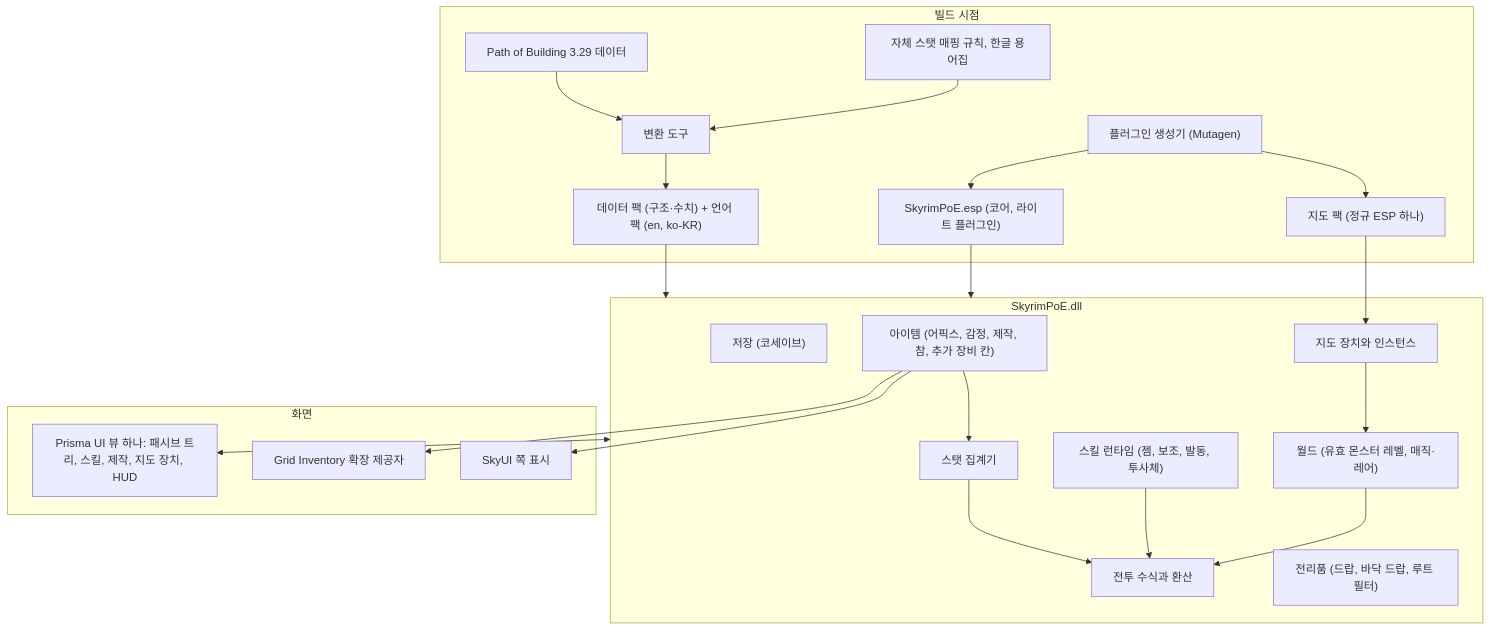
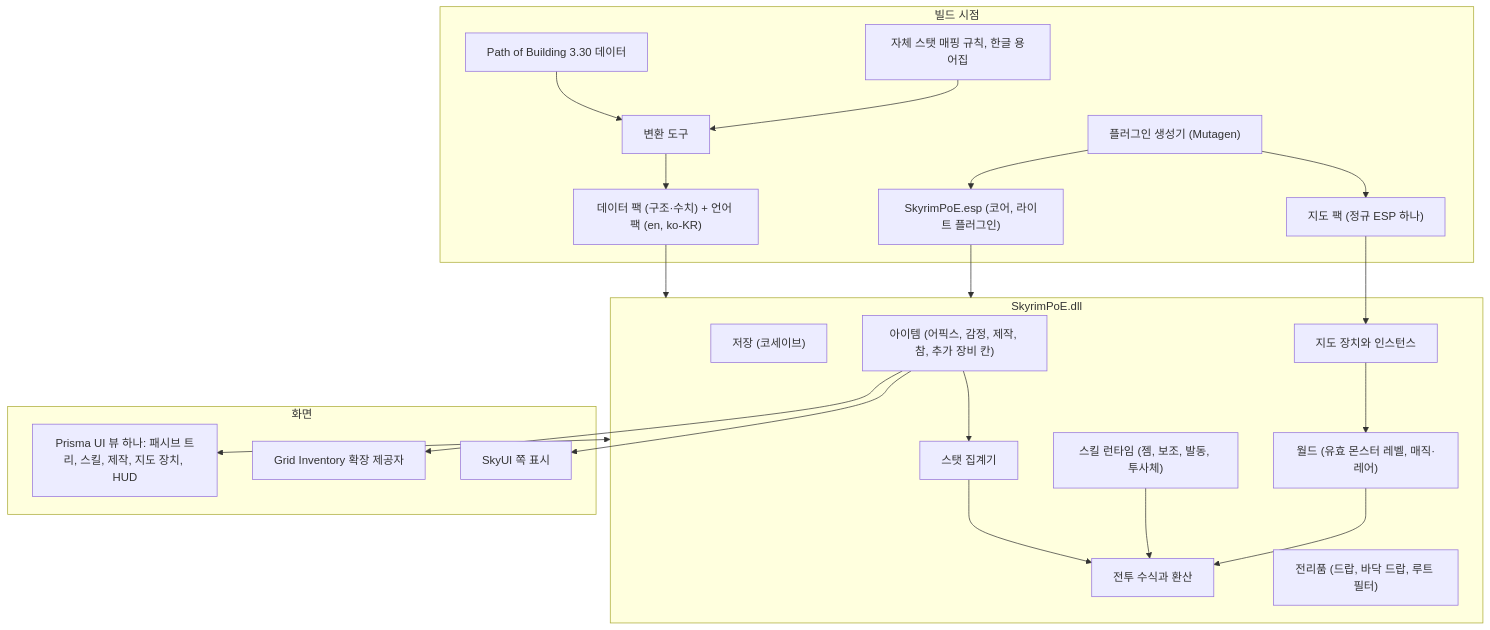
Before and after one commit to servaltullius/SkyrimPoE: the diagram in docs/통합-설계서.md, drawn with Mermaid. The commit also changed other lines of this file and 6 other files, not shown here.

````diff
--- a/docs/통합-설계서.md
+++ b/docs/통합-설계서.md
@@ -101,43 +101,43 @@
 ```mermaid
 flowchart TB
     subgraph Build["빌드 시점"]
-        PoB["Path of Building 3.29 데이터"]
+        PoB["Path of Building 3.30 데이터"]
         Rules["자체 스탯 매핑 규칙, 한글 용어집"]
         Conv["변환 도구"]
         Gen["플러그인 생성기 (Mutagen)"]
         PoB --> Conv
         Rules --> Conv
         Conv --> Pack["데이터 팩 (구조·수치) + 언어 팩 (en, ko-KR)"]
         Gen --> Core["SkyrimPoE.esp (코어, 라이트 플러그인)"]
         Gen --> Maps["지도 팩 (정규 ESP 하나)"]
     end
 
     subgraph Runtime["SkyrimPoE.dll"]
         Save["저장 (코세이브)"]
         Stat["스탯 집계기"]
         Combat["전투 수식과 환산"]
         Skill["스킬 런타임 (젬, 보조, 발동, 투사체)"]
         Item["아이템 (어픽스, 감정, 제작, 참, 추가 장비 칸)"]
         Loot["전리품 (드랍, 바닥 드랍, 루트 필터)"]
         World["월드 (유효 몬스터 레벨, 매직·레어)"]
         Atlas["지도 장치와 인스턴스"]
         Stat --> Combat
         Skill --> Combat
         Item --> Stat
         World --> Combat
         Atlas --> World
     end
 
     subgraph UI["화면"]
         View["Prisma UI 뷰 하나: 패시브 트리, 스킬, 제작, 지도 장치, HUD"]
         GI["Grid Inventory 확장 제공자"]
         Sky["SkyUI 쪽 표시"]
     end
 
     Pack --> Runtime
     Core --> Runtime
     Maps --> Atlas
     Runtime <--> View
     Item --> GI
     Item --> Sky
 ```
````
